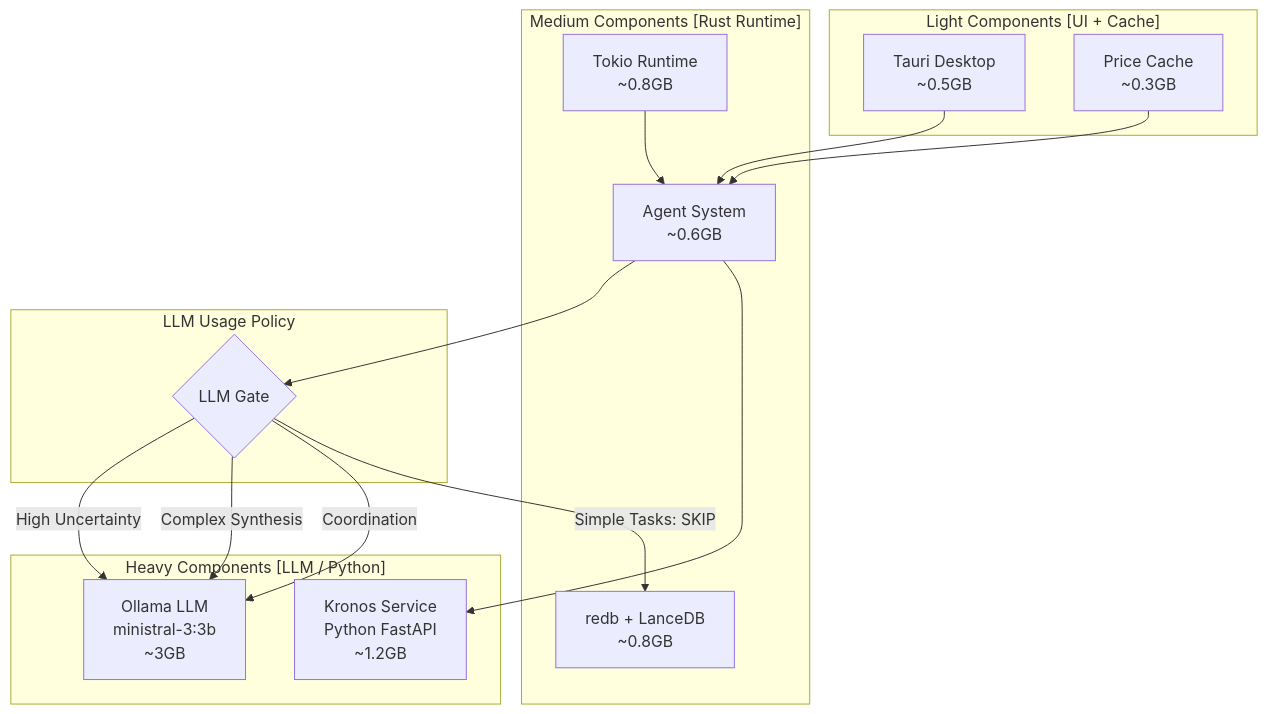
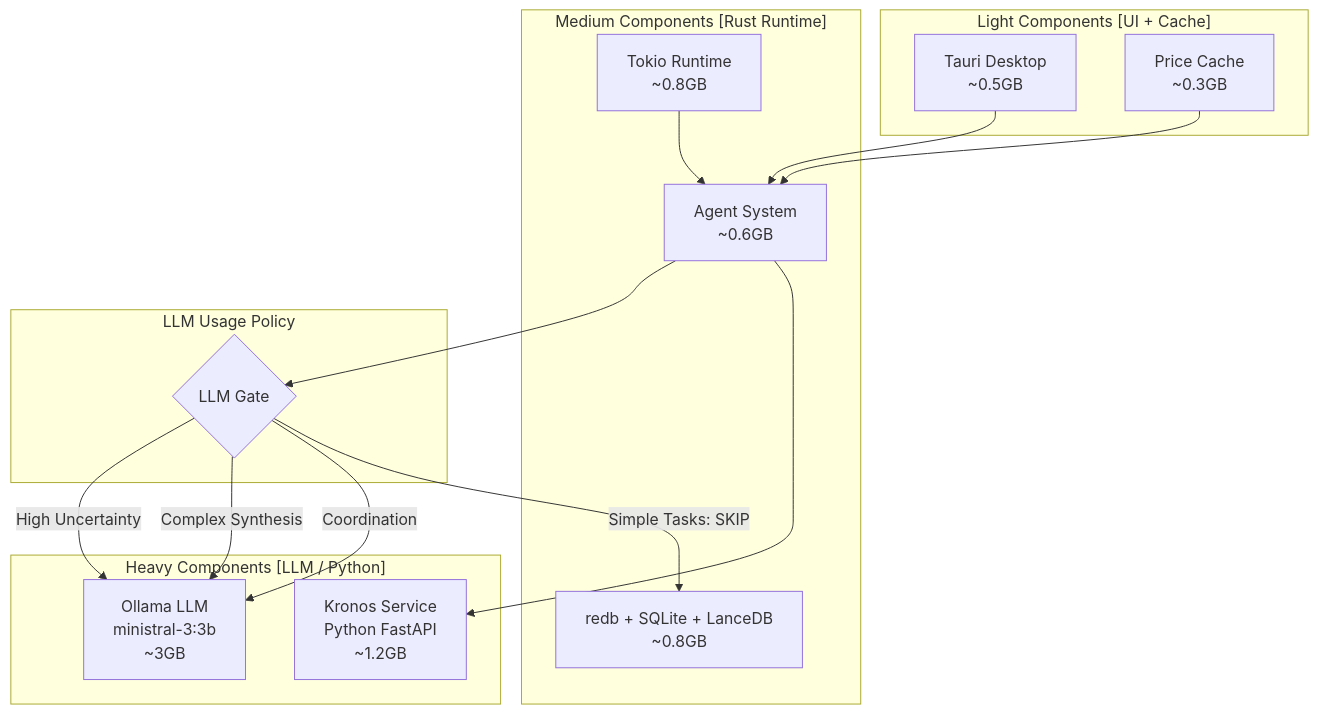
Before and after one commit to craaraju-ctrl/ATES: the third of 6 diagrams in docs/ATES_LOW_RESOURCE_ARCHITECTURE.md, drawn with Mermaid. The commit also changed other lines of this file and 1 other file, not shown here.

Commit message:
docs: update low-resource design and v2 architecture docs for SQLite episode storage

````diff
--- a/docs/ATES_LOW_RESOURCE_ARCHITECTURE.md
+++ b/docs/ATES_LOW_RESOURCE_ARCHITECTURE.md
@@ -65,33 +65,33 @@
 ```mermaid
 flowchart TB
     subgraph "Heavy Components [LLM / Python]"
         OLLAMA[Ollama LLM\nministral-3:3b\n~3GB]
         KRONSVC[Kronos Service\nPython FastAPI\n~1.2GB]
     end
 
     subgraph "Medium Components [Rust Runtime]"
         TOKIO[Tokio Runtime\n~0.8GB]
         AGENTS[Agent System\n~0.6GB]
-        MEMORY[redb + LanceDB\n~0.8GB]
+        MEMORY[redb + SQLite + LanceDB\n~0.8GB]
     end
 
     subgraph "Light Components [UI + Cache]"
         TAURI[Tauri Desktop\n~0.5GB]
         CACHE[Price Cache\n~0.3GB]
     end
 
     subgraph "LLM Usage Policy"
         POLICY{LLM Gate}
     end
 
     TOKIO --> AGENTS
     AGENTS --> POLICY
     POLICY -->|High Uncertainty| OLLAMA
     POLICY -->|Complex Synthesis| OLLAMA
     POLICY -->|Coordination| OLLAMA
     POLICY -->|Simple Tasks: SKIP| MEMORY
     
     AGENTS --> KRONSVC
     TAURI --> AGENTS
     CACHE --> AGENTS
 ```
````
